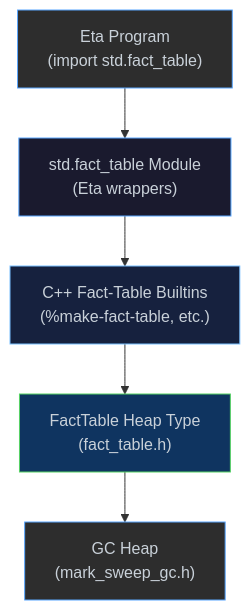
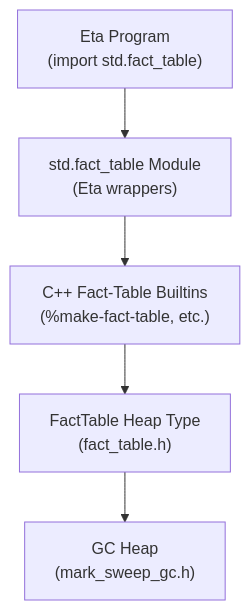
The diagram in docs/guide/reference/fact-table.md (lewismj/eta), drawn with Mermaid before and after one commit. The commit also changed 20 other files, not shown here.

````diff
--- a/docs/guide/reference/fact-table.md
+++ b/docs/guide/reference/fact-table.md
@@ -40,16 +40,10 @@
 ```mermaid
 flowchart TD
     ETA["Eta Program\n(import std.fact_table)"]
     STD["std.fact_table Module\n(Eta wrappers)"]
     PRIM["C++ Fact-Table Builtins\n(%make-fact-table, etc.)"]
     TYPE["FactTable Heap Type\n(fact_table.h)"]
     HEAP["GC Heap\n(mark_sweep_gc.h)"]
 
     ETA --> STD --> PRIM --> TYPE --> HEAP
-
-    style ETA  fill:#2d2d2d,stroke:#58a6ff,color:#c9d1d9
-    style STD  fill:#1a1a2e,stroke:#58a6ff,color:#c9d1d9
-    style PRIM fill:#16213e,stroke:#79c0ff,color:#c9d1d9
-    style TYPE fill:#0f3460,stroke:#56d364,color:#c9d1d9
-    style HEAP fill:#2d2d2d,stroke:#58a6ff,color:#c9d1d9
 ```
````
